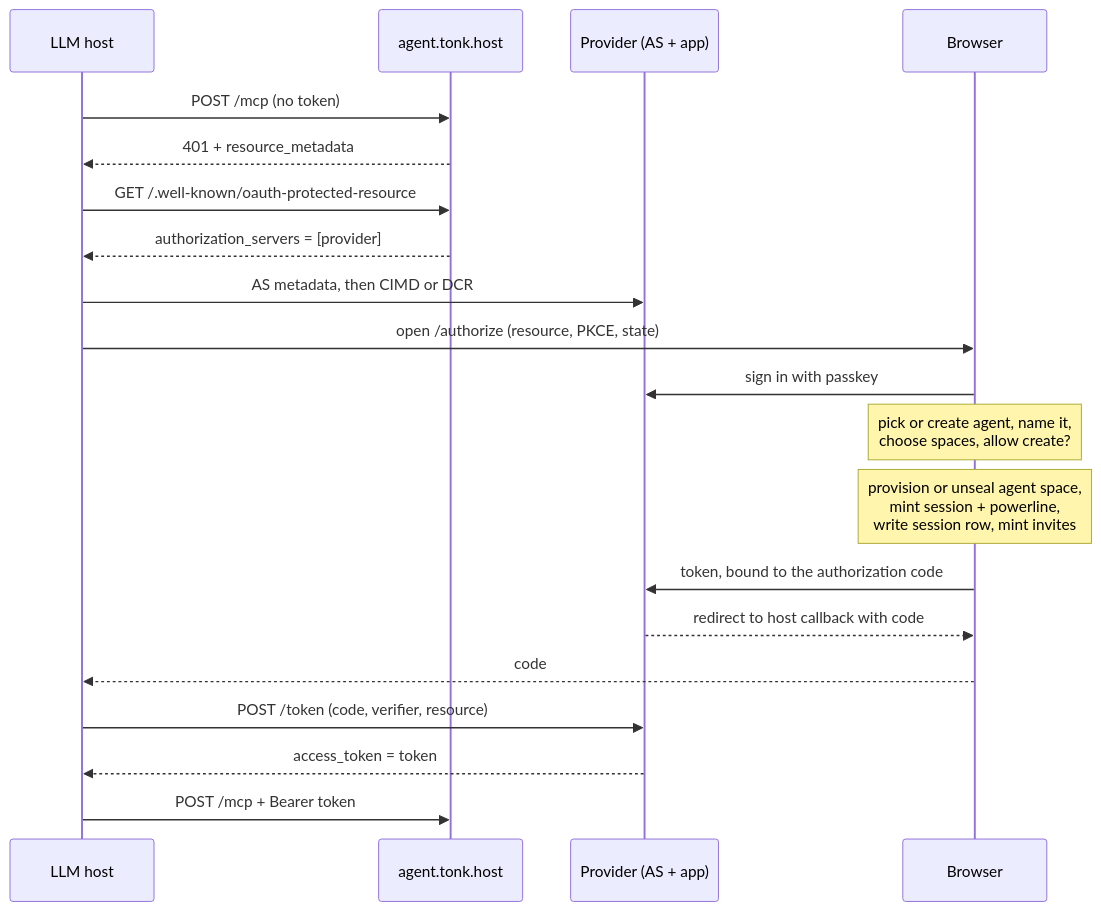
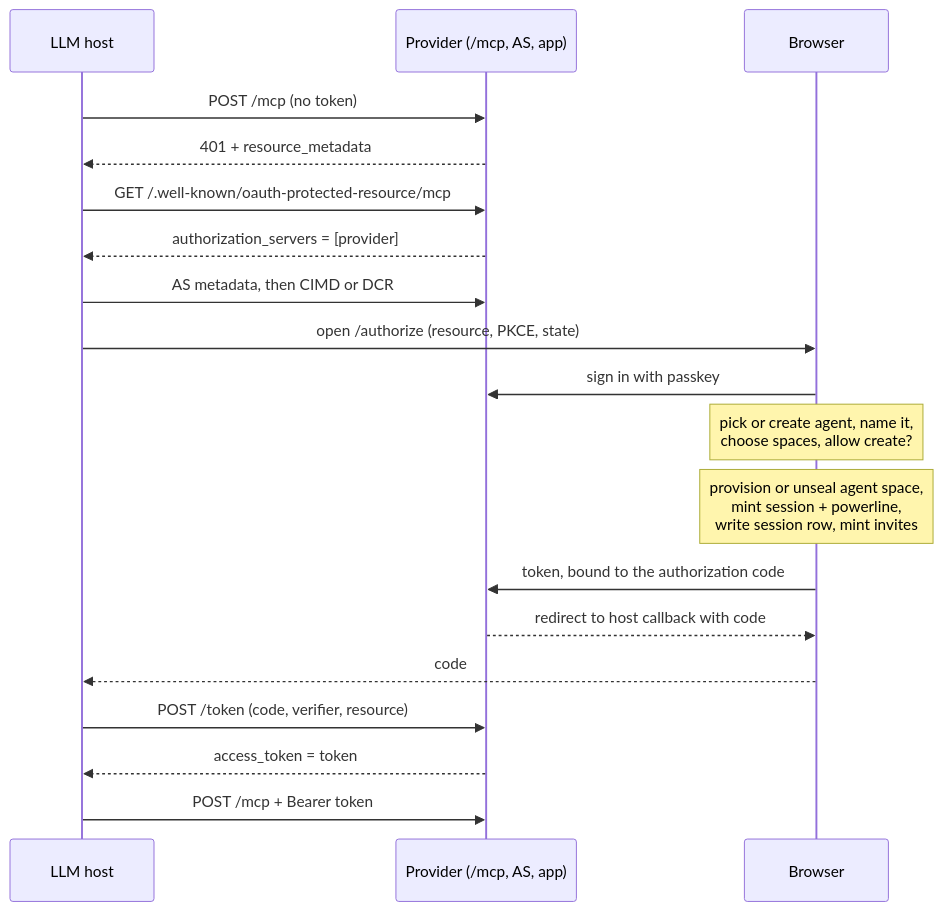
One commit to tonk-labs/tonk changed the fourth of 6 diagrams in plans/2026-10-28-hosted-agent-peer.md. Above: the diagram before and after it, drawn with Mermaid. The commit also changed other lines of this file, not shown here.

Commit message:
plans: hosted peer on the provider origin at /host/ and /mcp, views over SSE

````diff
--- a/plans/2026-10-28-hosted-agent-peer.md
+++ b/plans/2026-10-28-hosted-agent-peer.md
@@ -103,23 +140,22 @@
 ```mermaid
 sequenceDiagram
   participant H as LLM host
-  participant R as agent.tonk.host
-  participant A as Provider (AS + app)
+  participant P as Provider (/mcp, AS, app)
   participant B as Browser
 
-  H->>R: POST /mcp (no token)
-  R-->>H: 401 + resource_metadata
-  H->>R: GET /.well-known/oauth-protected-resource
-  R-->>H: authorization_servers = [provider]
-  H->>A: AS metadata, then CIMD or DCR
+  H->>P: POST /mcp (no token)
+  P-->>H: 401 + resource_metadata
+  H->>P: GET /.well-known/oauth-protected-resource/mcp
+  P-->>H: authorization_servers = [provider]
+  H->>P: AS metadata, then CIMD or DCR
   H->>B: open /authorize (resource, PKCE, state)
-  B->>A: sign in with passkey
+  B->>P: sign in with passkey
   Note over B: pick or create agent, name it,<br/>choose spaces, allow create?
   Note over B: provision or unseal agent space,<br/>mint session + powerline,<br/>write session row, mint invites
-  B->>A: token, bound to the authorization code
-  A-->>B: redirect to host callback with code
+  B->>P: token, bound to the authorization code
+  P-->>B: redirect to host callback with code
   B-->>H: code
-  H->>A: POST /token (code, verifier, resource)
-  A-->>H: access_token = token
-  H->>R: POST /mcp + Bearer token
+  H->>P: POST /token (code, verifier, resource)
+  P-->>H: access_token = token
+  H->>P: POST /mcp + Bearer token
 ```
````
